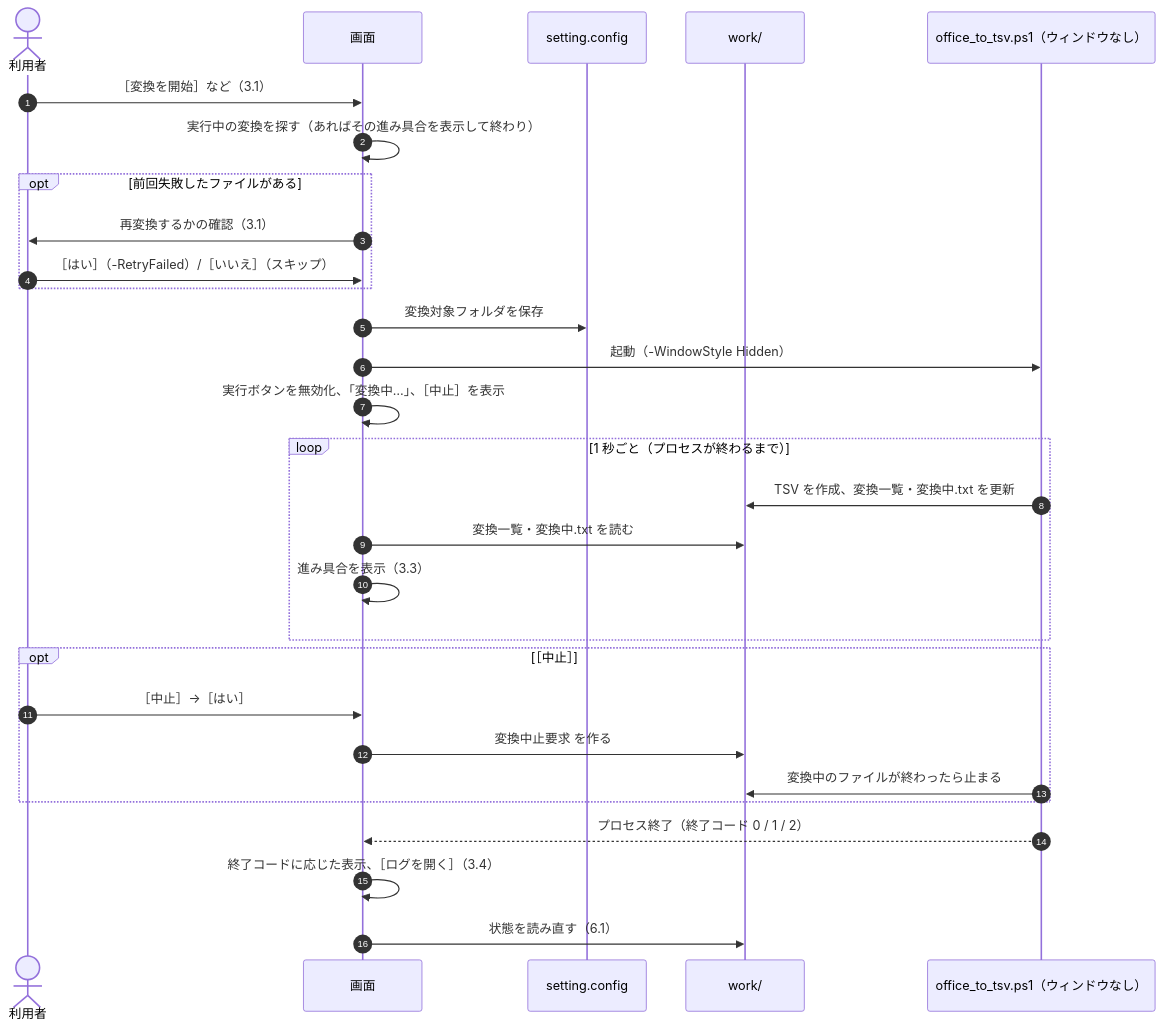
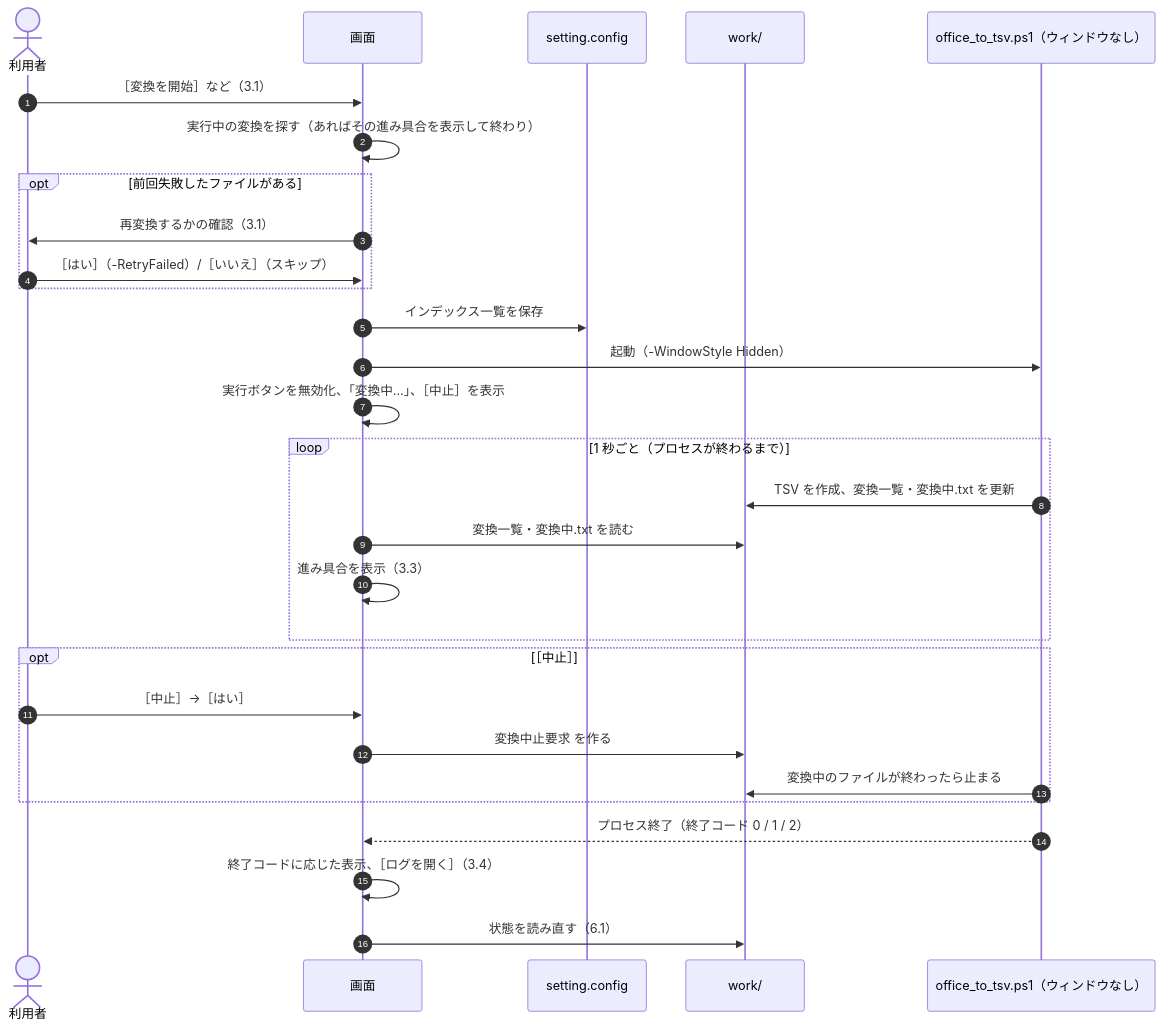
One commit to hsgwa/tebunko changed the third of 4 diagrams in docs/03_画面_4_状態と操作の流れ.md. Above: the diagram before and after it, drawn with Mermaid. The commit also changed other lines of this file and 27 other files, not shown here.

````diff
--- a/docs/03_画面_4_状態と操作の流れ.md
+++ b/docs/03_画面_4_状態と操作の流れ.md
@@ -81,32 +79,32 @@
 ```mermaid
 sequenceDiagram
     autonumber
     actor U as 利用者
     participant G as 画面
     participant C as setting.config
     participant W as work/
     participant P as office_to_tsv.ps1（ウィンドウなし）
 
     U->>G: ［変換を開始］など（3.1）
     G->>G: 実行中の変換を探す（あればその進み具合を表示して終わり）
     opt 前回失敗したファイルがある
         G->>U: 再変換するかの確認（3.1）
         U->>G: ［はい］（-RetryFailed）/［いいえ］（スキップ）
     end
-    G->>C: 変換対象フォルダを保存
+    G->>C: インデックス一覧を保存
     G->>P: 起動（-WindowStyle Hidden）
     G->>G: 実行ボタンを無効化、「変換中…」、［中止］を表示
     loop 1 秒ごと（プロセスが終わるまで）
         P->>W: TSV を作成、変換一覧・変換中.txt を更新
         G->>W: 変換一覧・変換中.txt を読む
         G->>G: 進み具合を表示（3.3）
     end
     opt ［中止］
         U->>G: ［中止］→［はい］
         G->>W: 変換中止要求 を作る
         P->>W: 変換中のファイルが終わったら止まる
     end
     P-->>G: プロセス終了（終了コード 0 / 1 / 2）
     G->>G: 終了コードに応じた表示、［ログを開く］（3.4）
     G->>W: 状態を読み直す（6.1）
 ```
````
